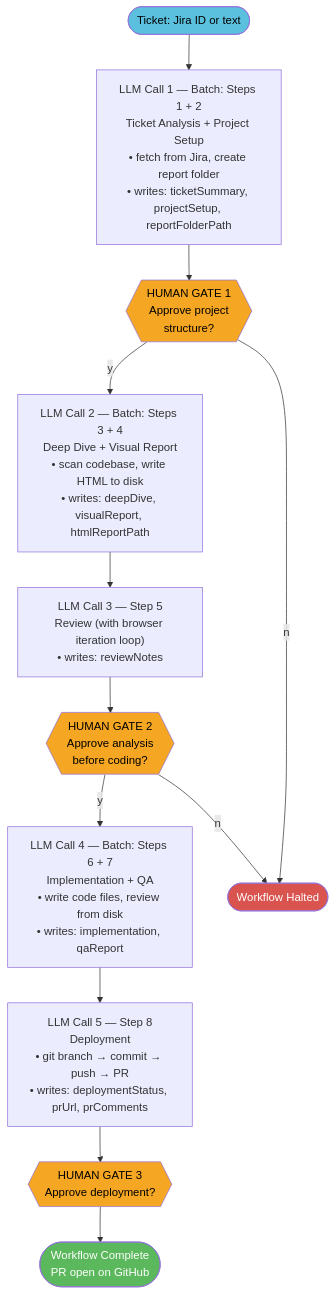
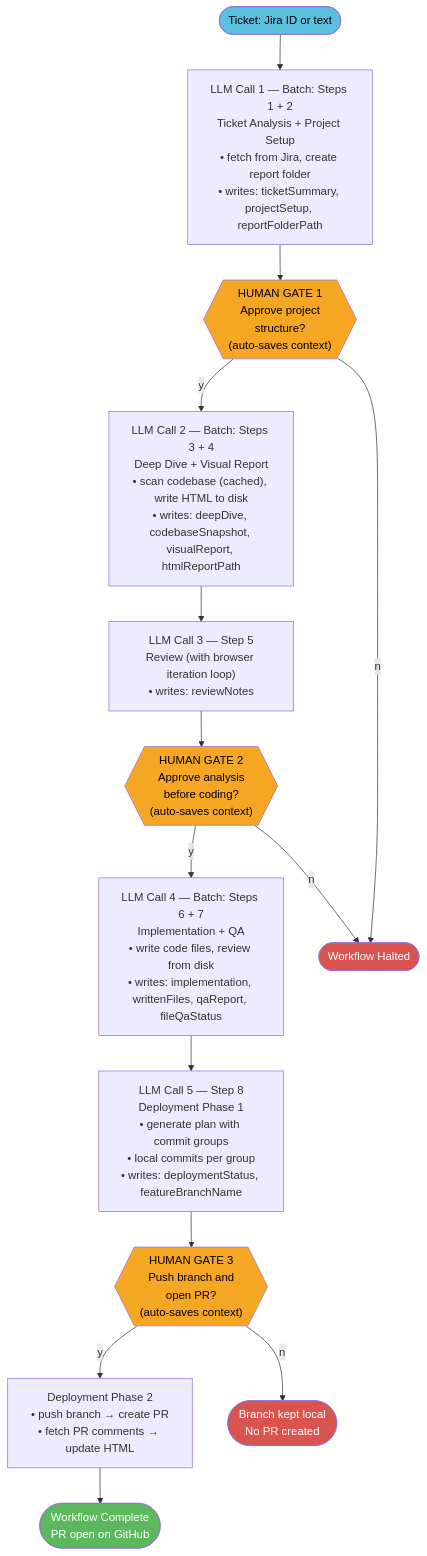
Before and after one commit to JAVA-MSDT/Epam-POC: the third of 10 diagrams in AI Agents/setup/ARCHITECTURE.md, drawn with Mermaid. The commit also changed other lines of this file and 2 other files, not shown here.

Commit message:
Updating the md files to reflect the latest status of the project

````diff
--- a/AI Agents/setup/ARCHITECTURE.md
+++ b/AI Agents/setup/ARCHITECTURE.md
@@ -172,29 +189,33 @@
 ```mermaid
 flowchart TD
     START([Ticket: Jira ID or text])
 
     B1["LLM Call 1 — Batch: Steps 1 + 2\nTicket Analysis + Project Setup\n• fetch from Jira, create report folder\n• writes: ticketSummary, projectSetup, reportFolderPath"]
-    G1{{"HUMAN GATE 1\nApprove project\nstructure?"}}
-    B2["LLM Call 2 — Batch: Steps 3 + 4\nDeep Dive + Visual Report\n• scan codebase, write HTML to disk\n• writes: deepDive, visualReport, htmlReportPath"]
+    G1{{"HUMAN GATE 1\nApprove project\nstructure?\n(auto-saves context)"}}
+    B2["LLM Call 2 — Batch: Steps 3 + 4\nDeep Dive + Visual Report\n• scan codebase (cached), write HTML to disk\n• writes: deepDive, codebaseSnapshot, visualReport, htmlReportPath"]
     B3["LLM Call 3 — Step 5\nReview (with browser iteration loop)\n• writes: reviewNotes"]
-    G2{{"HUMAN GATE 2\nApprove analysis\nbefore coding?"}}
-    B4["LLM Call 4 — Batch: Steps 6 + 7\nImplementation + QA\n• write code files, review from disk\n• writes: implementation, qaReport"]
-    B5["LLM Call 5 — Step 8\nDeployment\n• git branch → commit → push → PR\n• writes: deploymentStatus, prUrl, prComments"]
-    G3{{"HUMAN GATE 3\nApprove deployment?"}}
+    G2{{"HUMAN GATE 2\nApprove analysis\nbefore coding?\n(auto-saves context)"}}
+    B4["LLM Call 4 — Batch: Steps 6 + 7\nImplementation + QA\n• write code files, review from disk\n• writes: implementation, writtenFiles, qaReport, fileQaStatus"]
+    B5["LLM Call 5 — Step 8\nDeployment Phase 1\n• generate plan with commit groups\n• local commits per group\n• writes: deploymentStatus, featureBranchName"]
+    G3{{"HUMAN GATE 3\nPush branch and\nopen PR?\n(auto-saves context)"}}
+    B5B["Deployment Phase 2\n• push branch → create PR\n• fetch PR comments → update HTML"]
     END([Workflow Complete\nPR open on GitHub])
     HALT([Workflow Halted])
+    NOPR([Branch kept local\nNo PR created])
 
     START --> B1 --> G1
     G1 -- "y" --> B2 --> B3 --> G2
     G1 -- "n" --> HALT
     G2 -- "y" --> B4 --> B5 --> G3
     G2 -- "n" --> HALT
-    G3 --> END
+    G3 -- "y" --> B5B --> END
+    G3 -- "n" --> NOPR
 
     style G1 fill:#f5a623,color:#000
     style G2 fill:#f5a623,color:#000
     style G3 fill:#f5a623,color:#000
     style HALT fill:#d9534f,color:#fff
+    style NOPR fill:#d9534f,color:#fff
     style END fill:#5cb85c,color:#fff
     style START fill:#5bc0de,color:#000
 ```
````
